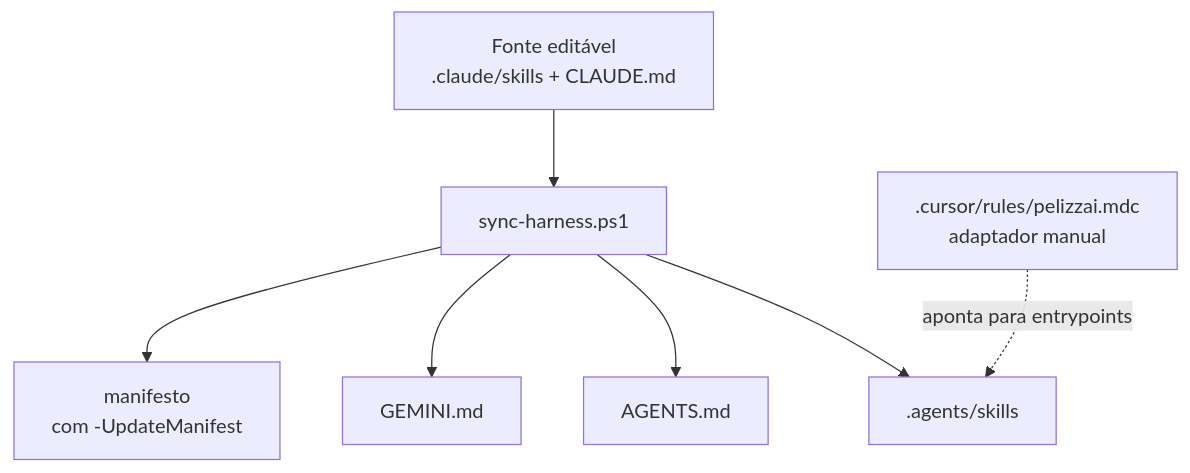
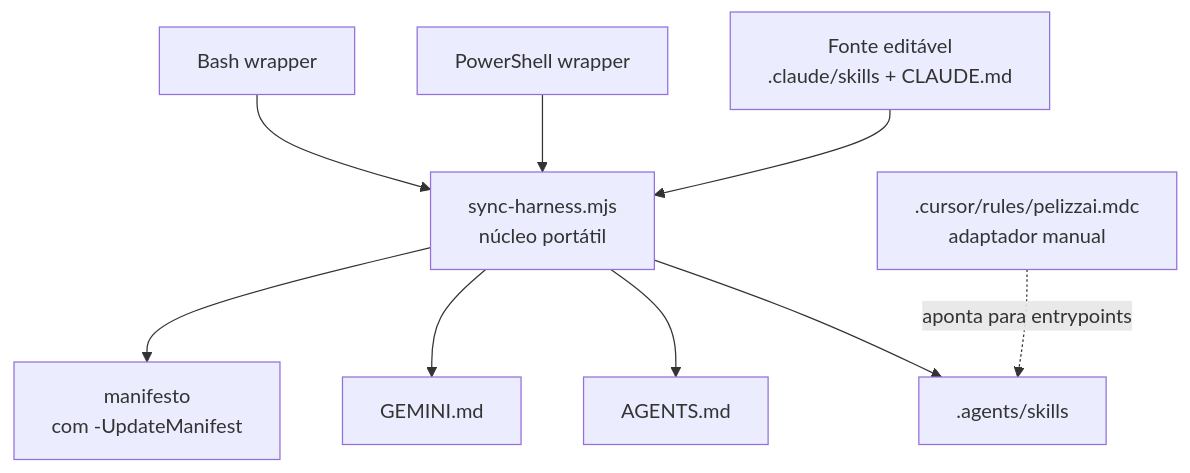
One commit to rpelizza/PelizzAI changed the fourth of 4 diagrams in README.md. Above: the diagram before and after it, drawn with Mermaid. The commit also changed other lines of this file and 68 other files, not shown here.

````diff
--- a/README.md
+++ b/README.md
@@ -267,9 +322,11 @@
 ```mermaid
 flowchart TD
-    SRC["Fonte editável<br/>.claude/skills + CLAUDE.md"] --> SYNC["sync-harness.ps1"]
+    SRC["Fonte editável<br/>.claude/skills + CLAUDE.md"] --> SYNC["sync-harness.mjs<br/>núcleo portátil"]
+    PS["PowerShell wrapper"] --> SYNC
+    SH["Bash wrapper"] --> SYNC
     SYNC --> AS[".agents/skills"]
     SYNC --> AG["AGENTS.md"]
     SYNC --> GE["GEMINI.md"]
     SYNC --> MF["manifesto<br/>com -UpdateManifest"]
     CUR[".cursor/rules/pelizzai.mdc<br/>adaptador manual"] -.->|aponta para entrypoints| AS
 ```
````
